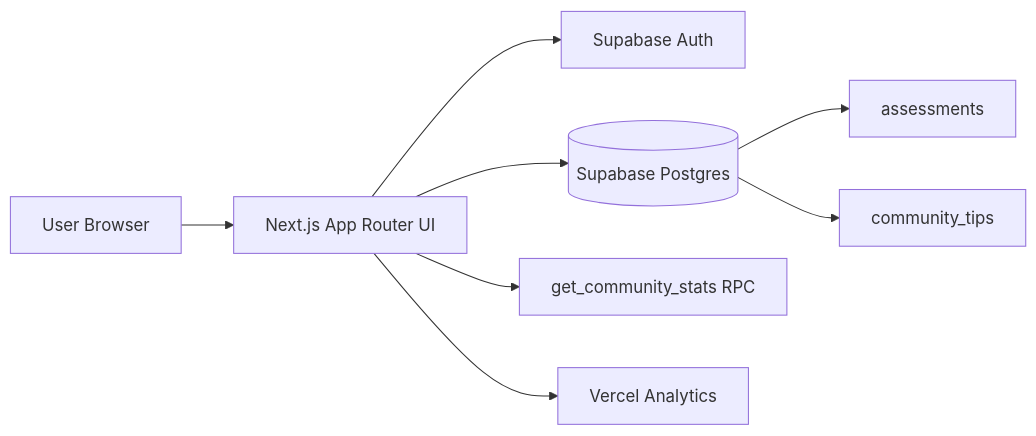
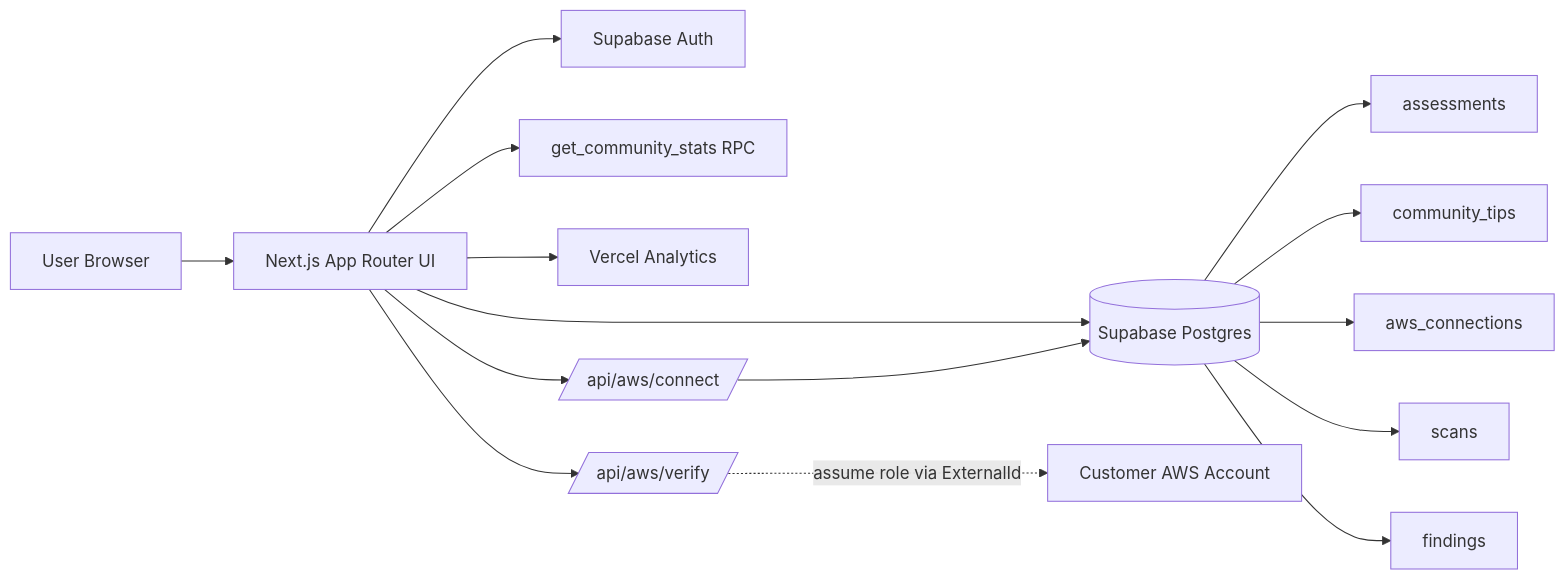
Before and after one commit to UsmanQT/dr_scorer: the diagram in README.md, drawn with Mermaid. The commit also changed other lines of this file, not shown here.

First line of the commit message:
Document AWS Live-Scan Phase 1 in README

````diff
--- a/README.md
+++ b/README.md
@@ -20,10 +21,17 @@
 ```mermaid
 flowchart LR
   U[User Browser] --> A[Next.js App Router UI]
   A --> SA[Supabase Auth]
   A --> DB[(Supabase Postgres)]
   A --> RPC[get_community_stats RPC]
   DB --> T[assessments]
   DB --> C[community_tips]
   A --> VA[Vercel Analytics]
+  A --> AC[/api/aws/connect/]
+  A --> AV[/api/aws/verify/]
+  AC --> DB
+  DB --> AWSC[aws_connections]
+  DB --> SC[scans]
+  DB --> FI[findings]
+  AV -.assume role via ExternalId.-> CUST[Customer AWS Account]
 ```
````
